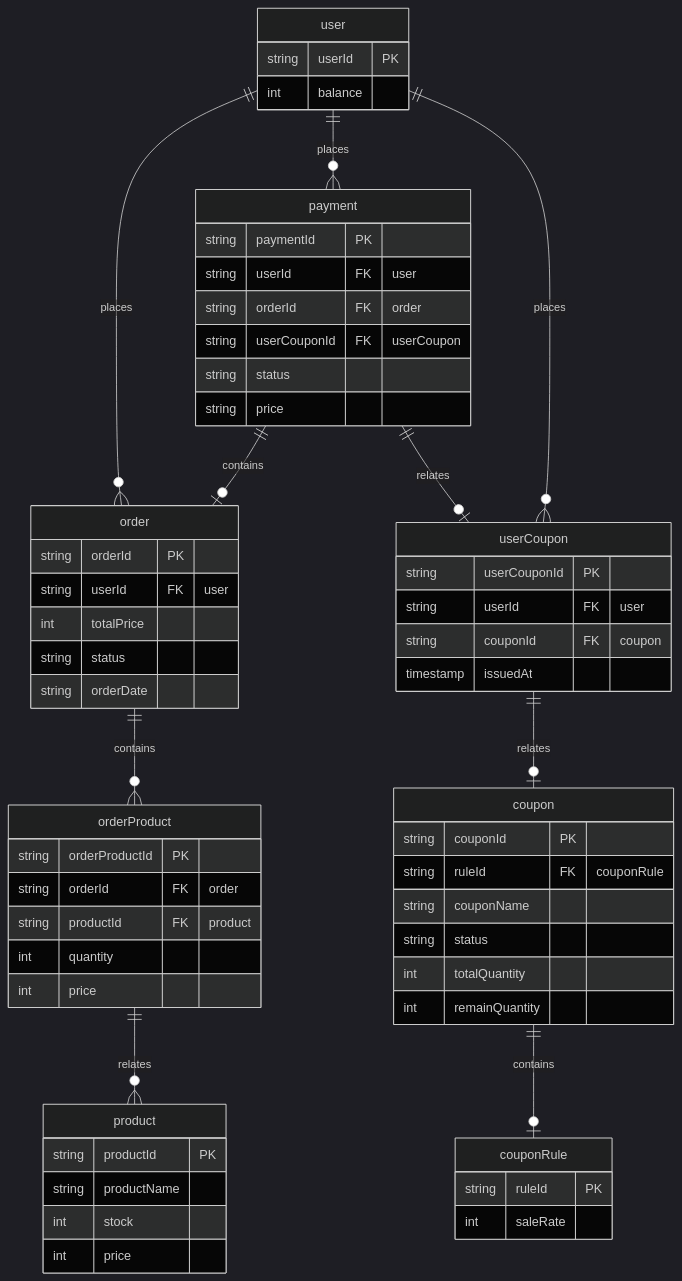
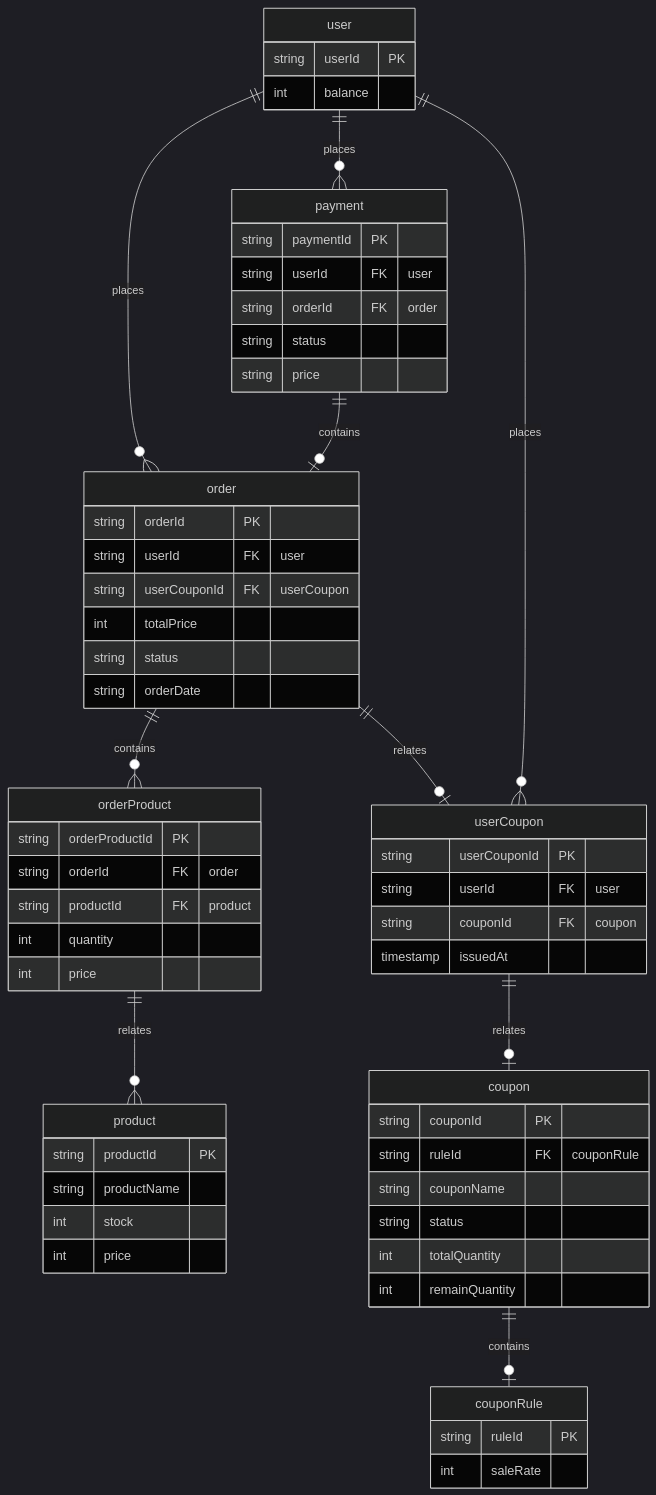
The diagram in docs/erd/Erd_All.md (K-CHANHO/hanghae99_2), drawn with Mermaid (dark theme) before and after one commit.

Commit message:
[refactor] 통합 ERD 수정

````diff
--- a/docs/erd/Erd_All.md
+++ b/docs/erd/Erd_All.md
@@ -1,72 +1,70 @@
 ```mermaid
 erDiagram
     user{
         string userId PK
         int balance
     }
 
     product{
         string productId PK
         string productName
         int stock
         int price
     }
 
     order{
         string orderId PK
         string userId FK "user"
+        string userCouponId FK "userCoupon"
         int totalPrice
         string status
         string orderDate
     }
 
     orderProduct{
         string orderProductId PK
         string orderId FK "order"
         string productId FK "product"
         int quantity
         int price
     }
 
     coupon{
         string couponId PK
         string ruleId FK "couponRule"
         string couponName
         string status
         int totalQuantity
         int remainQuantity
     }
 
     couponRule{
         string ruleId PK
         int saleRate
     }
 
     userCoupon{
         string userCouponId PK
         string userId FK "user"
         string couponId FK "coupon"
         timestamp issuedAt
     }
 
     payment {
         string paymentId PK
         string userId FK "user"
         string orderId FK "order"
-        string userCouponId FK "userCoupon"
         string status
         string price
     }
 
     user ||--o{ order : places
     order ||--o{ orderProduct : contains
     orderProduct ||--o{ product : relates
-
     user ||--o{ payment : places
     payment ||--o| order : contains
-    payment ||--o| userCoupon : relates
-
+    order ||--o| userCoupon : relates
     user ||--o{ userCoupon : places
     userCoupon ||--o| coupon : relates
     coupon ||--o| couponRule : contains
 ```
````
